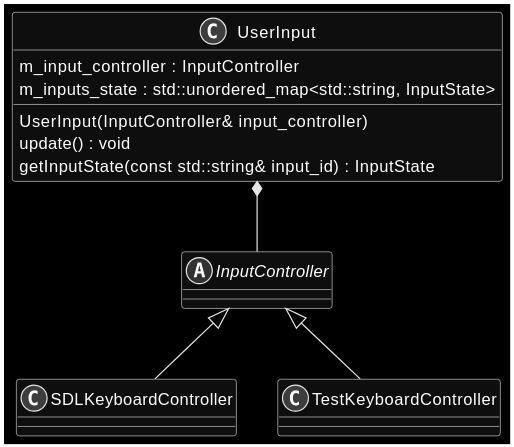
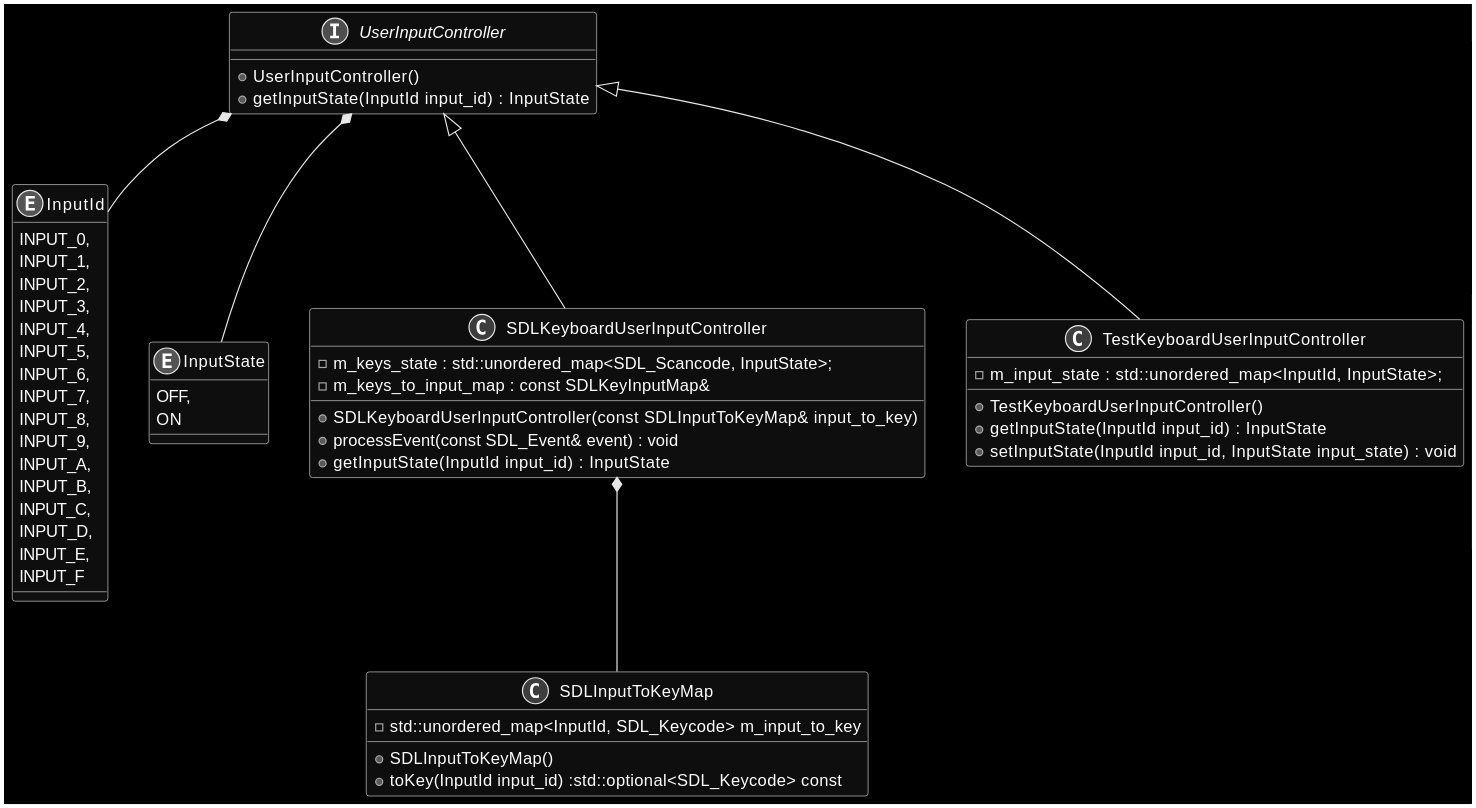
Before and after one commit to rdesarz/emuchip8: the diagram in conception/conception.md, drawn with PlantUML. The commit also changed other lines of this file, not shown here.

Commit message:
User input conception

````diff
--- a/conception/conception.md
+++ b/conception/conception.md
@@ -17,34 +14,67 @@
 ```plantuml
 @startuml class
 
 skinparam monochrome reverse
 
-class UserInput {
-    UserInput(InputController& input_controller)
-    update() : void
-    getInputState(const std::string& input_id) : InputState
-
-    m_input_controller : InputController
-    m_inputs_state : std::unordered_map<std::string, InputState> 
+interface UserInputController {
+    + UserInputController()
+    + getInputState(InputId input_id) : InputState
 }
 
-abstract class InputController {
-    
+enum InputId {
+    INPUT_0,
+    INPUT_1,
+    INPUT_2,
+    INPUT_3,
+    INPUT_4,
+    INPUT_5,
+    INPUT_6,
+    INPUT_7,
+    INPUT_8,
+    INPUT_9,
+    INPUT_A,
+    INPUT_B,
+    INPUT_C,
+    INPUT_D,
+    INPUT_E,
+    INPUT_F
 }
 
-class SDLKeyboardController {
-
+enum InputState {
+    OFF,
+    ON
 }
 
-class TestKeyboardController {
-    
+UserInputController *-- InputId
+
+UserInputController *-- InputState
+
+class SDLKeyboardUserInputController {
+    + SDLKeyboardUserInputController(const SDLInputToKeyMap& input_to_key)
+    + processEvent(const SDL_Event& event) : void
+    + getInputState(InputId input_id) : InputState
+    - m_keys_state : std::unordered_map<SDL_Scancode, InputState>;
+    - m_keys_to_input_map : const SDLKeyInputMap&
 }
 
-UserInput *-- InputController
+class SDLInputToKeyMap {
+    + SDLInputToKeyMap()
+    + toKey(InputId input_id) :std::optional<SDL_Keycode> const
+    - std::unordered_map<InputId, SDL_Keycode> m_input_to_key
+}
 
-InputController <|-- SDLKeyboardController
+SDLKeyboardUserInputController *-- SDLInputToKeyMap
 
-InputController <|-- TestKeyboardController
+UserInputController <|-- SDLKeyboardUserInputController
+
+class TestKeyboardUserInputController {
+    + TestKeyboardUserInputController()
+    + getInputState(InputId input_id) : InputState
+    + setInputState(InputId input_id, InputState input_state) : void
+    - m_input_state : std::unordered_map<InputId, InputState>;
+}
+
+UserInputController <|-- TestKeyboardUserInputController
 
 @enduml
 ```
````
